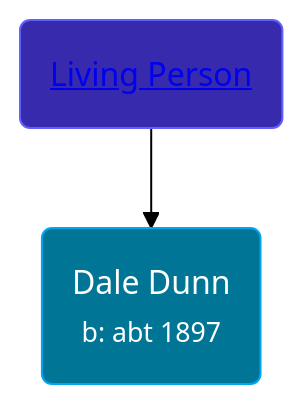
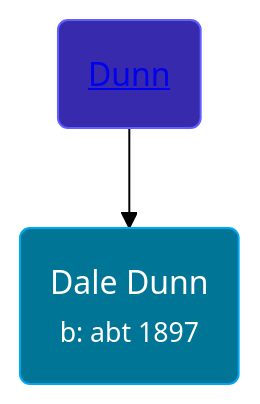
Before and after one commit to wpmgotkh/wpmgotkh.github.io: the diagram in pages/people/9/90785072.md, drawn with Mermaid (forest theme). The commit also changed other lines of this file and 586 other files, not shown here.

Commit message:
feat: better shouldConsiderPersonLiving algo

````diff
--- a/pages/people/9/90785072.md
+++ b/pages/people/9/90785072.md
@@ -10,8 +10,8 @@
 ```mermaid
 graph
 classDef grands fill:#193cb8,stroke:#2b7fff,stroke-width:1px,color:#fff;
 classDef parents fill:#372aac,stroke:#615fff,stroke-width:1px,color:#fff;
 classDef primary fill:#007595,stroke:#00a6f4,stroke-width:1px,color:#fff;
 90785072(Dale Dunn<br /><small>b: abt 1897</small>):::primary
-14066328(<a class="text-white" href="/people/1/14066328">Living Person</a>):::parents-->90785072
+14066328(<a class="text-white" href="/people/1/14066328">Dunn</a>):::parents-->90785072
 ```
````
